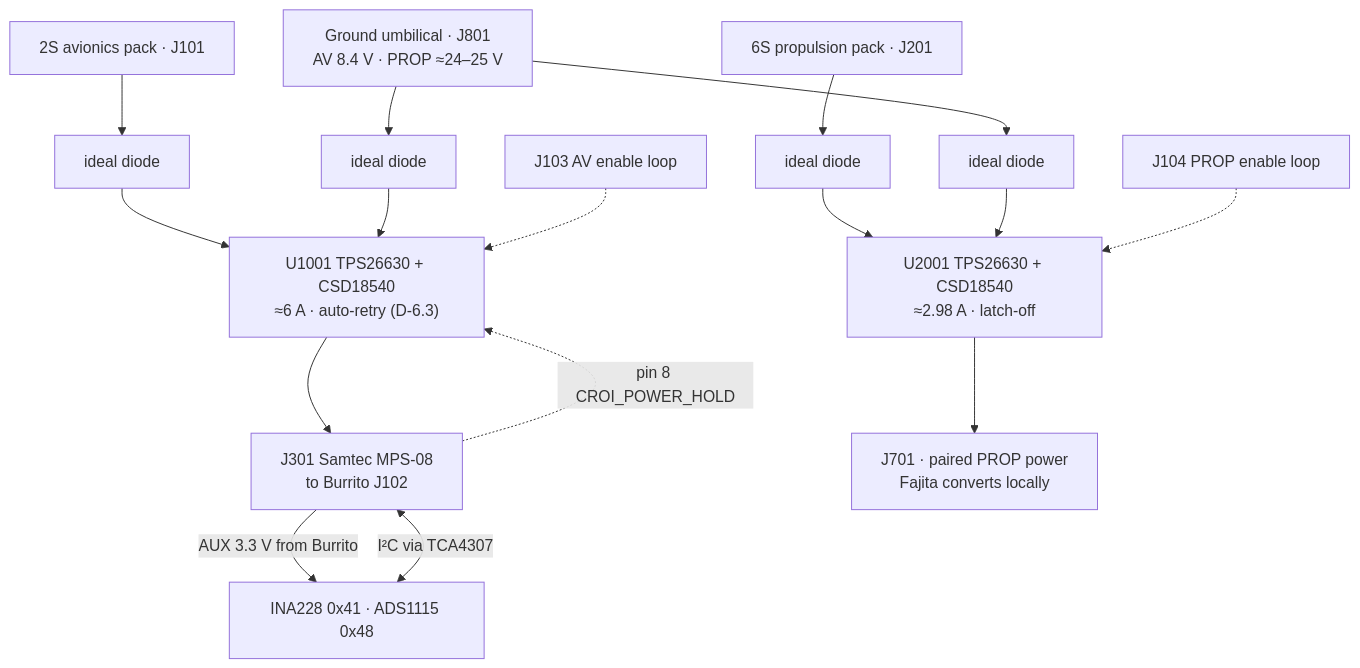
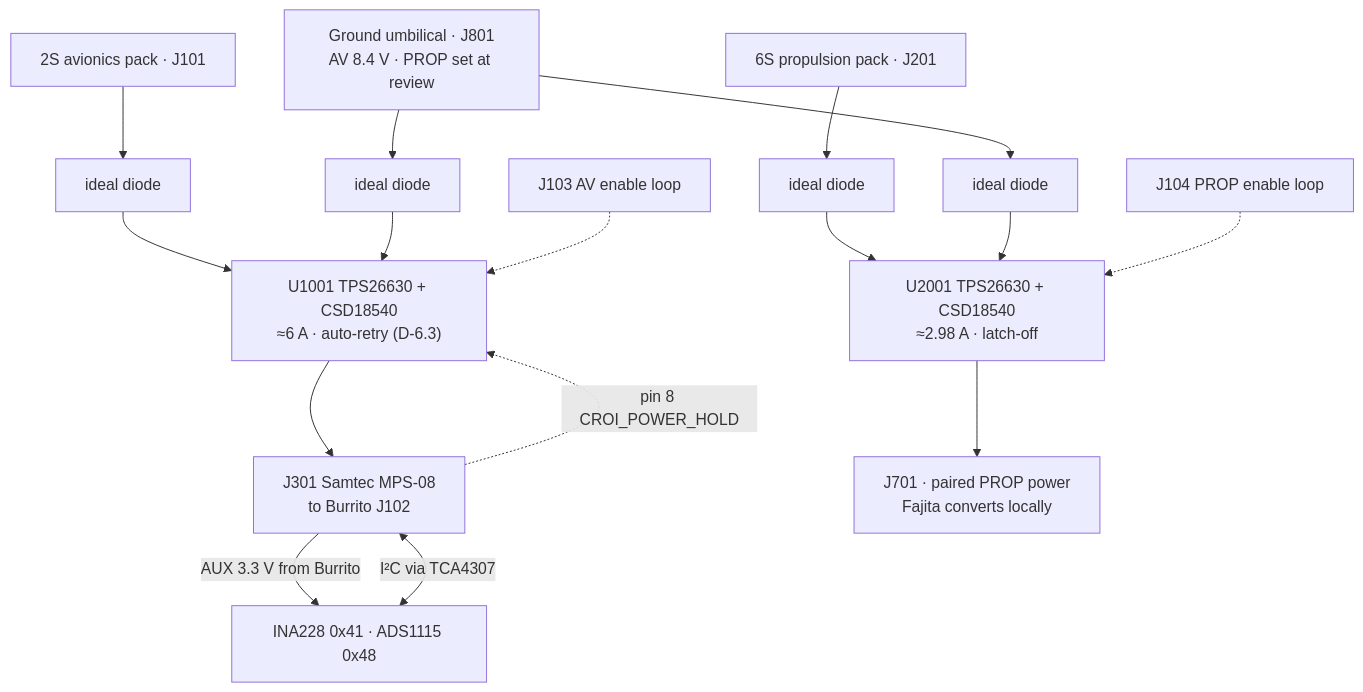
The first of 3 diagrams in docs/architecture/08-foinse-can.md (ULAS-HiPR/Ogma2), drawn with Mermaid before and after one commit. The commit also changed other lines of this file and 15 other files, not shown here.

````diff
--- a/docs/architecture/08-foinse-can.md
+++ b/docs/architecture/08-foinse-can.md
@@ -16,23 +16,23 @@
 ```mermaid
 flowchart TB
   AV["2S avionics pack · J101"] --> DA1["ideal diode"]
   UM["Ground umbilical · J801
-AV 8.4 V · PROP ≈24–25 V"] --> DA2["ideal diode"]
+AV 8.4 V · PROP set at review"] --> DA2["ideal diode"]
   UM --> DP2["ideal diode"]
   DA1 --> AP["U1001 TPS26630 + CSD18540
 ≈6 A · auto-retry (D-6.3)"]
   DA2 --> AP
   AP --> J["J301 Samtec MPS-08
 to Burrito J102"]
   PR["6S propulsion pack · J201"] --> DP1["ideal diode"]
   DP1 --> PP["U2001 TPS26630 + CSD18540
 ≈2.98 A · latch-off"]
   DP2 --> PP
   PP --> P["J701 · paired PROP power
 Fajita converts locally"]
   J -->|"AUX 3.3 V from Burrito"| M["INA228 0x41 · ADS1115 0x48"]
   M <-->|"I²C via TCA4307"| J
   J -.->|"pin 8 CROI_POWER_HOLD"| AP
   EAV["J103 AV enable loop"] -.-> AP
   EPR["J104 PROP enable loop"] -.-> PP
 ```
````
